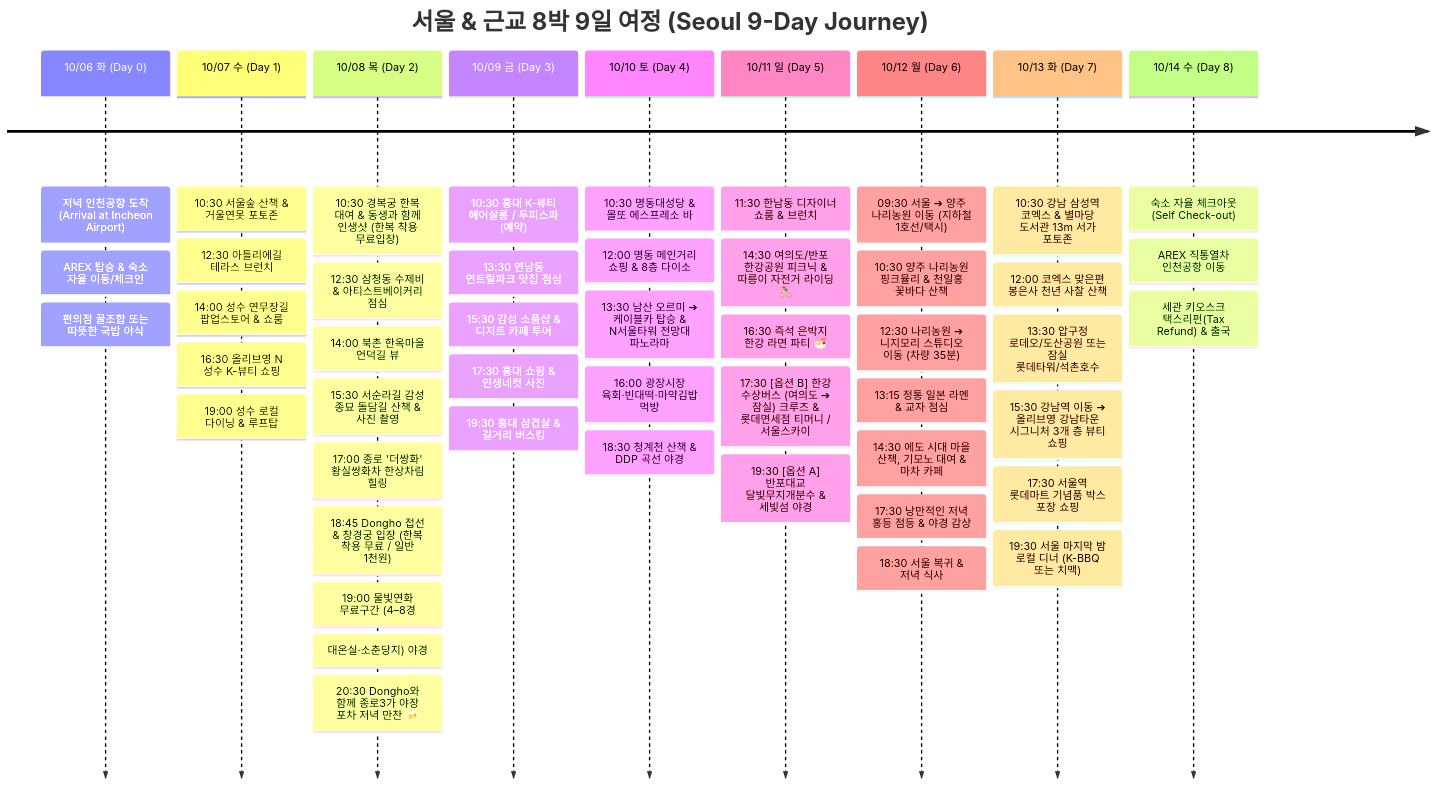
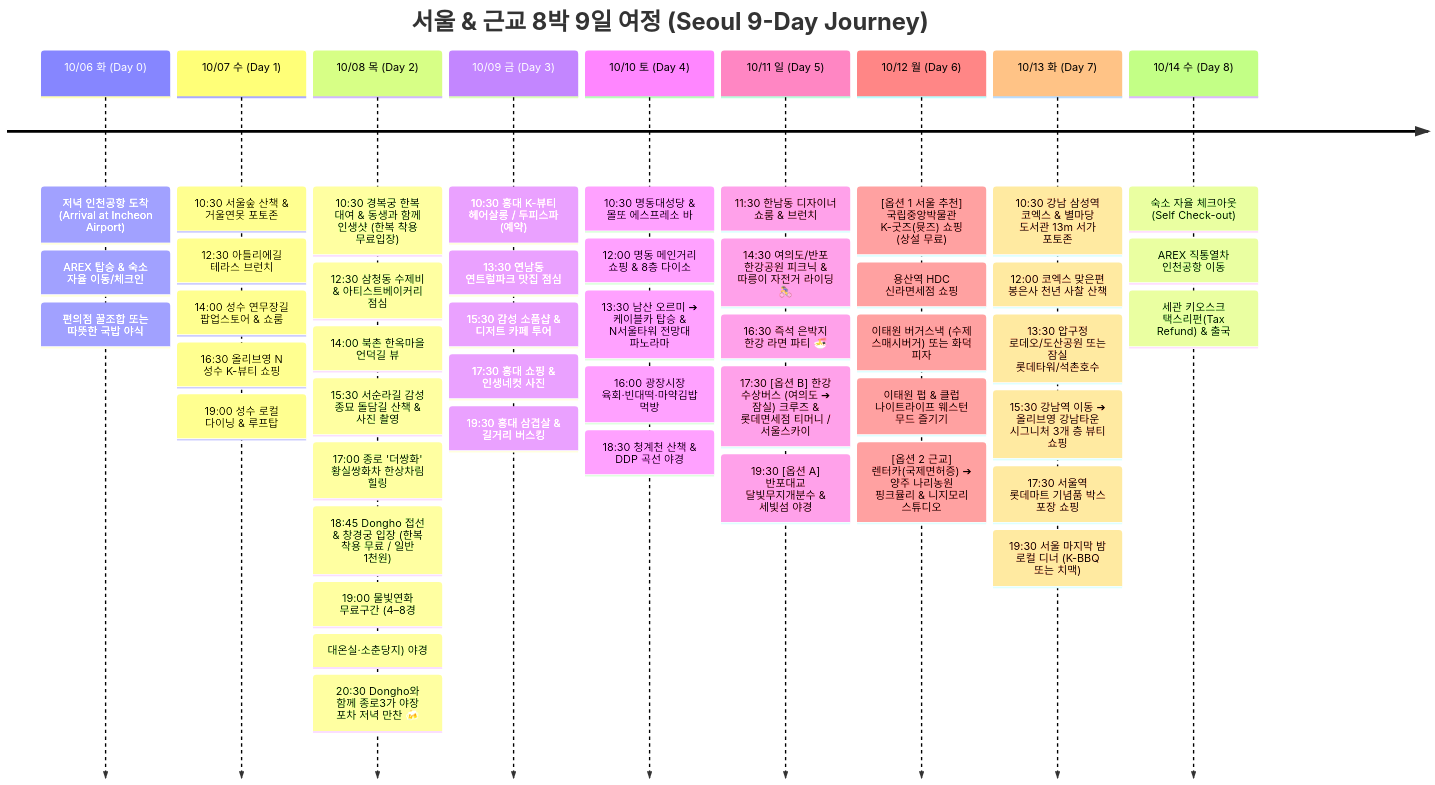
Before and after one commit to gongdongho12/commit-map: the diagram in src/content/posts/2026-10-06-seoul-nami-island.md, drawn with Mermaid. The commit also changed other lines of this file, not shown here.

````diff
--- a/src/content/posts/2026-10-06-seoul-nami-island.md
+++ b/src/content/posts/2026-10-06-seoul-nami-island.md
@@ -424,51 +477,49 @@
 ```mermaid
 timeline
   title 서울 & 근교 8박 9일 여정 (Seoul 9-Day Journey)
   10/06 화 (Day 0) : 저녁 인천공항 도착 (Arrival at Incheon Airport)
                   : AREX 탑승 & 숙소 자율 이동/체크인
                   : 편의점 꿀조합 또는 따뜻한 국밥 야식
   10/07 수 (Day 1) : 10:30 서울숲 산책 & 거울연못 포토존
                   : 12:30 아틀리에길 테라스 브런치
                   : 14:00 성수 연무장길 팝업스토어 & 쇼룸
                   : 16:30 올리브영 N 성수 K-뷰티 쇼핑
                   : 19:00 성수 로컬 다이닝 & 루프탑
   10/08 목 (Day 2) : 10:30 경복궁 한복 대여 & 동생과 함께 인생샷 (한복 착용 무료입장)
                   : 12:30 삼청동 수제비 & 아티스트베이커리 점심
                   : 14:00 북촌 한옥마을 언덕길 뷰
                   : 15:30 서순라길 감성 종묘 돌담길 산책 & 사진 촬영
                   : 17:00 종로 '더쌍화' 황실쌍화차 한상차림 힐링
                   : 18:45 Dongho 접선 & 창경궁 입장 (한복 착용 무료 / 일반 1천원)
                   : 19:00 물빛연화 무료구간 (4–8경: 대온실·소춘당지) 야경
                   : 20:30 Dongho와 함께 종로3가 야장 포차 저녁 만찬 🍻
   10/09 금 (Day 3) : 10:30 홍대 K-뷰티 헤어살롱 / 두피스파 (예약)
                   : 13:30 연남동 연트럴파크 맛집 점심
                   : 15:30 감성 소품샵 & 디저트 카페 투어
                   : 17:30 홍대 쇼핑 & 인생네컷 사진
                   : 19:30 홍대 삼겹살 & 길거리 버스킹
   10/10 토 (Day 4) : 10:30 명동대성당 & 몰또 에스프레소 바
                   : 12:00 명동 메인거리 쇼핑 & 8층 다이소
                   : 13:30 남산 오르미 ➔ 케이블카 탑승 & N서울타워 전망대 파노라마
                   : 16:00 광장시장 육회·빈대떡·마약김밥 먹방
                   : 18:30 청계천 산책 & DDP 곡선 야경
   10/11 일 (Day 5) : 11:30 한남동 디자이너 쇼룸 & 브런치
                   : 14:30 여의도/반포 한강공원 피크닉 & 따릉이 자전거 라이딩 🚴‍♀️
                   : 16:30 즉석 은박지 한강 라면 파티 🍜
                   : 17:30 [옵션 B] 한강 수상버스 (여의도 ➔ 잠실) 크루즈 & 롯데면세점 티머니 / 서울스카이
                   : 19:30 [옵션 A] 반포대교 달빛무지개분수 & 세빛섬 야경
-  10/12 월 (Day 6) : 09:30 서울 ➔ 양주 나리농원 이동 (지하철 1호선/택시)
-                  : 10:30 양주 나리농원 핑크뮬리 & 천일홍 꽃바다 산책
-                  : 12:30 나리농원 ➔ 니지모리 스튜디오 이동 (차량 35분)
-                  : 13:15 정통 일본 라멘 & 교자 점심
-                  : 14:30 에도 시대 마을 산책, 기모노 대여 & 마차 카페
-                  : 17:30 낭만적인 저녁 홍등 점등 & 야경 감상
-                  : 18:30 서울 복귀 & 저녁 식사
+  10/12 월 (Day 6) : [옵션 1 서울 추천] 국립중앙박물관 K-굿즈(뮷즈) 쇼핑 (상설 무료)
+                  : 용산역 HDC 신라면세점 쇼핑
+                  : 이태원 버거스낵 (수제 스매시버거) 또는 화덕 피자
+                  : 이태원 펍 & 클럽 나이트라이프 웨스턴 무드 즐기기
+                  : [옵션 2 근교] 렌터카(국제면허증) ➔ 양주 나리농원 핑크뮬리 & 니지모리 스튜디오
   10/13 화 (Day 7) : 10:30 강남 삼성역 코엑스 & 별마당 도서관 13m 서가 포토존
                   : 12:00 코엑스 맞은편 봉은사 천년 사찰 산책
                   : 13:30 압구정 로데오/도산공원 또는 잠실 롯데타워/석촌호수
                   : 15:30 강남역 이동 ➔ 올리브영 강남타운 시그니처 3개 층 뷰티 쇼핑
                   : 17:30 서울역 롯데마트 기념품 박스 포장 쇼핑
                   : 19:30 서울 마지막 밤 로컬 디너 (K-BBQ 또는 치맥)
   10/14 수 (Day 8) : 숙소 자율 체크아웃 (Self Check-out)
                   : AREX 직통열차 인천공항 이동
                   : 세관 키오스크 택스리펀(Tax Refund) & 출국
 ```
````
